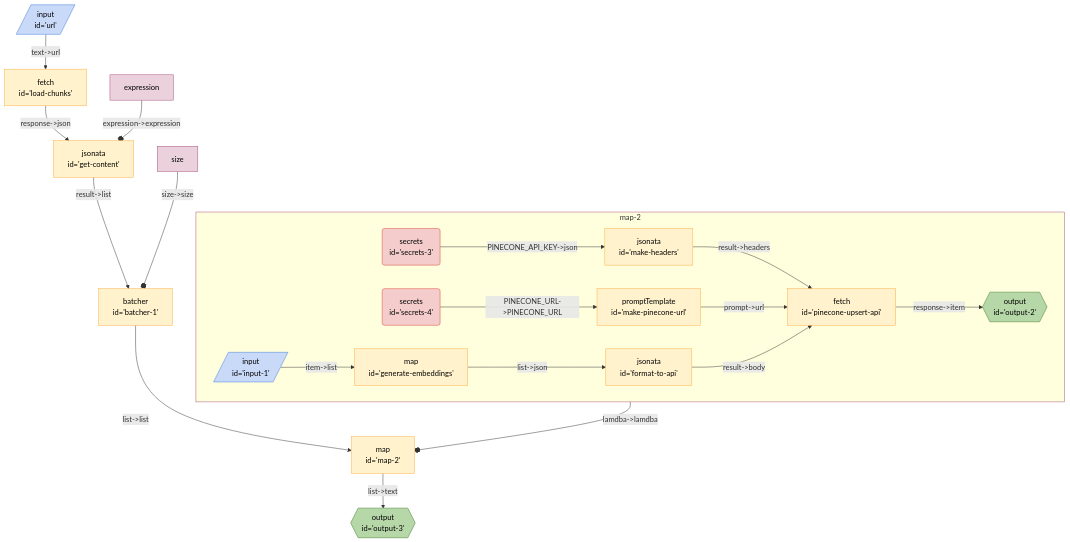
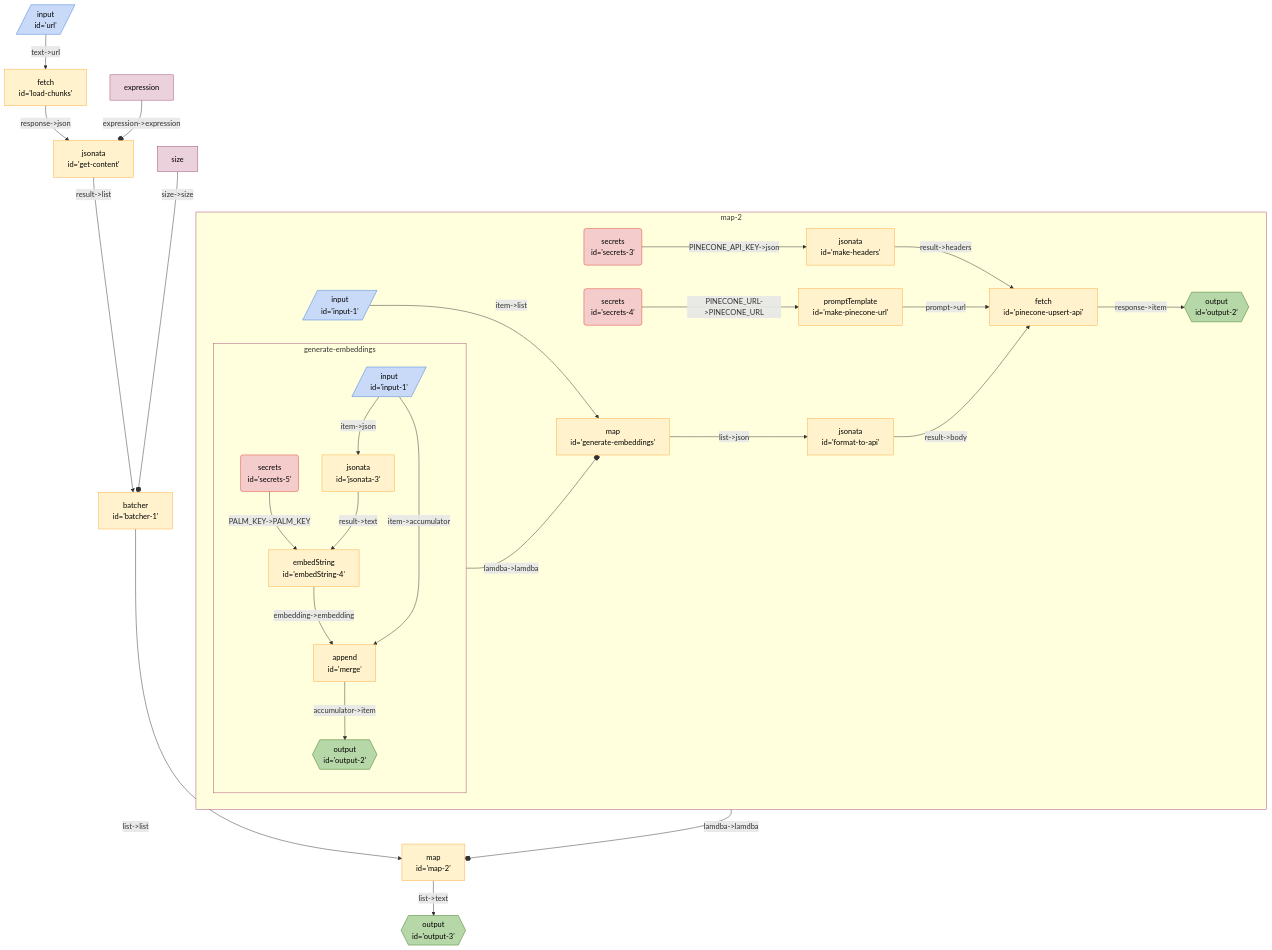
Before and after one commit to breadboard-ai/breadboard: the diagram in seeds/graph-playground/docs/graphs/pinecone-load.md, drawn with Mermaid. The commit also changed 2 other files, not shown here.

Commit message:
[graph-runner] Handle nested subgraphs.

````diff
--- a/seeds/graph-playground/docs/graphs/pinecone-load.md
+++ b/seeds/graph-playground/docs/graphs/pinecone-load.md
@@ -5,32 +5,52 @@
   ```mermaid
   %%{init: 'themeVariables': { 'fontFamily': 'Fira Code, monospace' }}%%
 graph TD;
 map2["map <br> id='map-2'"] -- "list->text" --> output3{{"output <br> id='output-3'"}}:::output
-subgraph map-2
+subgraph sg_map2 [map-2]
 map2_secrets3("secrets <br> id='secrets-3'"):::secrets -- "PINECONE_API_KEY->json" --> map2_makeheaders["jsonata <br> id='make-headers'"]
 map2_makeheaders["jsonata <br> id='make-headers'"] -- "result->headers" --> map2_pineconeupsertapi["fetch <br> id='pinecone-upsert-api'"]
 map2_secrets4("secrets <br> id='secrets-4'"):::secrets -- "PINECONE_URL->PINECONE_URL" --> map2_makepineconeurl["promptTemplate <br> id='make-pinecone-url'"]
 map2_makepineconeurl["promptTemplate <br> id='make-pinecone-url'"] -- "prompt->url" --> map2_pineconeupsertapi["fetch <br> id='pinecone-upsert-api'"]
 map2_pineconeupsertapi["fetch <br> id='pinecone-upsert-api'"] -- "response->item" --> map2_output2{{"output <br> id='output-2'"}}:::output
 map2_formattoapi["jsonata <br> id='format-to-api'"] -- "result->body" --> map2_pineconeupsertapi["fetch <br> id='pinecone-upsert-api'"]
 map2_generateembeddings["map <br> id='generate-embeddings'"] -- "list->json" --> map2_formattoapi["jsonata <br> id='format-to-api'"]
+subgraph sg_generateembeddings [generate-embeddings]
+map2_generateembeddings_embedString4["embedString <br> id='embedString-4'"] -- "embedding->embedding" --> map2_generateembeddings_merge["append <br> id='merge'"]
+map2_generateembeddings_secrets5("secrets <br> id='secrets-5'"):::secrets -- "PALM_KEY->PALM_KEY" --> map2_generateembeddings_embedString4["embedString <br> id='embedString-4'"]
+map2_generateembeddings_jsonata3["jsonata <br> id='jsonata-3'"] -- "result->text" --> map2_generateembeddings_embedString4["embedString <br> id='embedString-4'"]
+map2_generateembeddings_input1[/"input <br> id='input-1'"/]:::input -- "item->json" --> map2_generateembeddings_jsonata3["jsonata <br> id='jsonata-3'"]
+map2_generateembeddings_merge["append <br> id='merge'"] -- "accumulator->item" --> map2_generateembeddings_output2{{"output <br> id='output-2'"}}:::output
+map2_generateembeddings_input1[/"input <br> id='input-1'"/]:::input -- "item->accumulator" --> map2_generateembeddings_merge["append <br> id='merge'"]
+
+
+end
+sg_generateembeddings:::slotted -- "lamdba->lamdba" --o map2_generateembeddings
+
 map2_input1[/"input <br> id='input-1'"/]:::input -- "item->list" --> map2_generateembeddings["map <br> id='generate-embeddings'"]
+
+
+
+
+
+
+
+
 end
-map-2:::slotted -- "lamdba->lamdba" --o map2
+sg_map2:::slotted -- "lamdba->lamdba" --o map2
 
 batcher1["batcher <br> id='batcher-1'"] -- "list->list" --> map2["map <br> id='map-2'"]
 getcontent["jsonata <br> id='get-content'"] -- "result->list" --> batcher1["batcher <br> id='batcher-1'"]
 loadchunks["fetch <br> id='load-chunks'"] -- "response->json" --> getcontent["jsonata <br> id='get-content'"]
 url[/"input <br> id='url'"/]:::input -- "text->url" --> loadchunks["fetch <br> id='load-chunks'"]
 expressiongetcontent[expression]:::config -- "expression->expression" --o getcontent
 sizebatcher1[size]:::config -- "size->size" --o batcher1
 
 classDef default stroke:#ffab40,fill:#fff2ccff,color:#000
 classDef input stroke:#3c78d8,fill:#c9daf8ff,color:#000
 classDef output stroke:#38761d,fill:#b6d7a8ff,color:#000
 classDef passthrough stroke:#a64d79,fill:#ead1dcff,color:#000
 classDef slot stroke:#a64d79,fill:#ead1dcff,color:#000
 classDef config stroke:#a64d79,fill:#ead1dcff,color:#000
 classDef secrets stroke:#db4437,fill:#f4cccc,color:#000
 classDef slotted stroke:#a64d79
   ```
````
